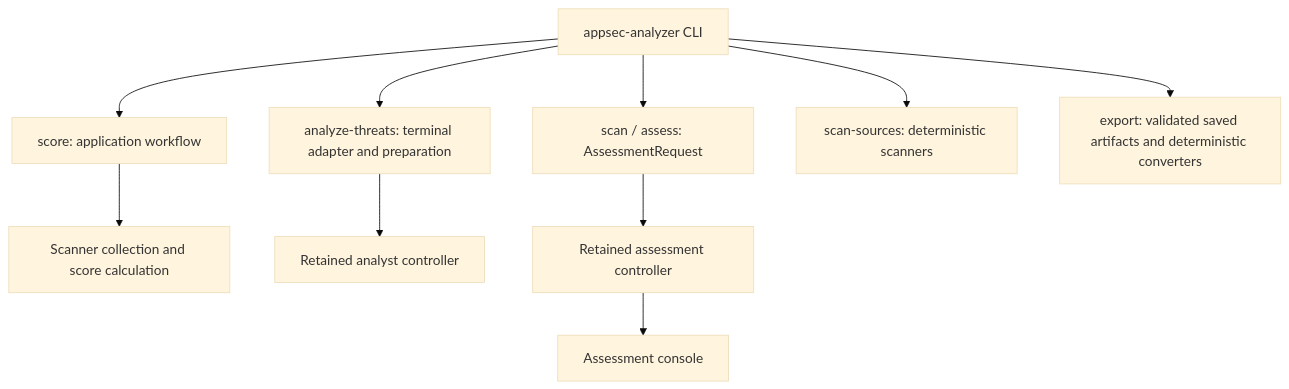
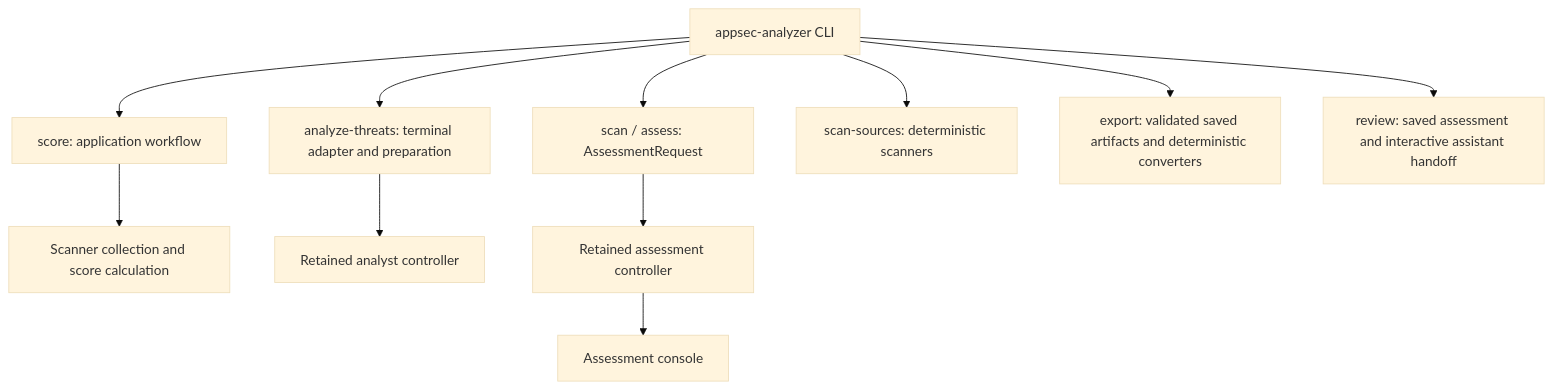
The diagram in ARCHITECTURE.md (appsec-foundry/appsec-analyzer), drawn with Mermaid (base theme) before and after one commit. The commit also changed other lines of this file and 22 other files, not shown here.

Commit message:
Add interactive assessment review with bundled assistant skill

````diff
--- a/ARCHITECTURE.md
+++ b/ARCHITECTURE.md
@@ -11,12 +11,13 @@
 ```mermaid
 flowchart TD
     CLI[appsec-analyzer CLI] --> Score[score: application workflow]
     CLI --> Analyst[analyze-threats: terminal adapter and preparation]
     CLI --> Request[scan / assess: AssessmentRequest]
     CLI --> Scanners[scan-sources: deterministic scanners]
     CLI --> Export[export: validated saved artifacts and deterministic converters]
+    CLI --> Review[review: saved assessment and interactive assistant handoff]
     Score --> Collection[Scanner collection and score calculation]
     Analyst --> AnalystController[Retained analyst controller]
     Request --> AssessmentController[Retained assessment controller]
     AssessmentController --> Console[Assessment console]
 ```
````
